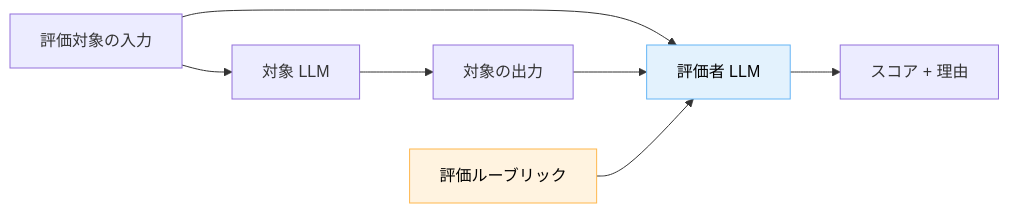
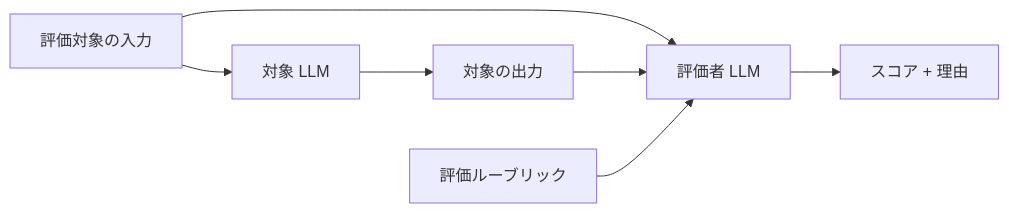
The first of 3 diagrams in docs/techniques/llm-as-judge-評価者-llm-の組み立て方.md (dinekt/dinekt-wiki), drawn with Mermaid before and after one commit. The commit also changed 70 other files, not shown here.

First line of the commit message:
fix(mermaid): strip all inline styling, rely on theme

````diff
--- a/docs/techniques/llm-as-judge-評価者-llm-の組み立て方.md
+++ b/docs/techniques/llm-as-judge-評価者-llm-の組み立て方.md
@@ -25,12 +25,10 @@
 ```mermaid
 flowchart LR
     I[評価対象の入力] --> M[対象 LLM]
     M --> O[対象の出力]
     I --> J[評価者 LLM]
     O --> J
     R[評価ルーブリック] --> J
     J --> S[スコア + 理由]
 
-    style J fill:#e3f2fd,stroke:#64b5f6,color:#000
-    style R fill:#fff3e0,stroke:#ffb74d,color:#000
 ```
````
